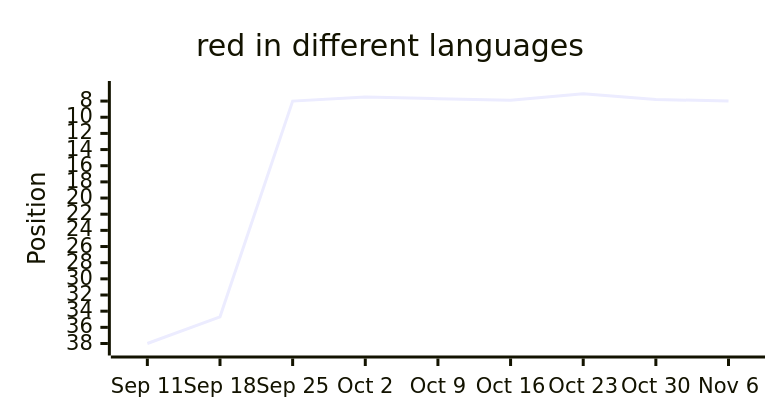
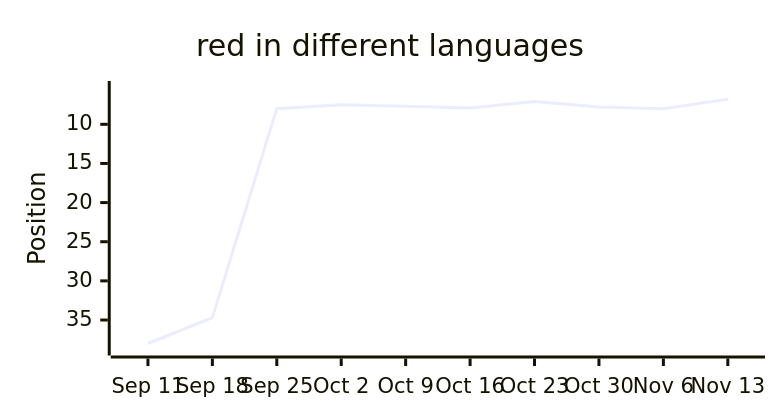
One commit to langx/website changed the tenth of 13 diagrams in latest.md. Above: the diagram before and after it, drawn with Mermaid. The commit also changed other lines of this file and 2 other files, not shown here.

````diff
--- a/latest.md
+++ b/latest.md
@@ -154,13 +154,13 @@
 ```mermaid
 ---
 config:
   xyChart:
     width: 500
     height: 260
 ---
 xychart-beta
   title "red in different languages"
-  x-axis ["Sep 11", "Sep 18", "Sep 25", "Oct 2", "Oct 9", "Oct 16", "Oct 23", "Oct 30", "Nov 6"]
-  y-axis "Position" 38 --> 7
-  line [38, 34.7, 8, 7.5, 7.7, 7.9, 7.1, 7.8, 8]
+  x-axis ["Sep 11", "Sep 18", "Sep 25", "Oct 2", "Oct 9", "Oct 16", "Oct 23", "Oct 30", "Nov 6", "Nov 13"]
+  y-axis "Position" 38 --> 6
+  line [38, 34.7, 8, 7.5, 7.7, 7.9, 7.1, 7.8, 8, 6.8]
 ```
````
